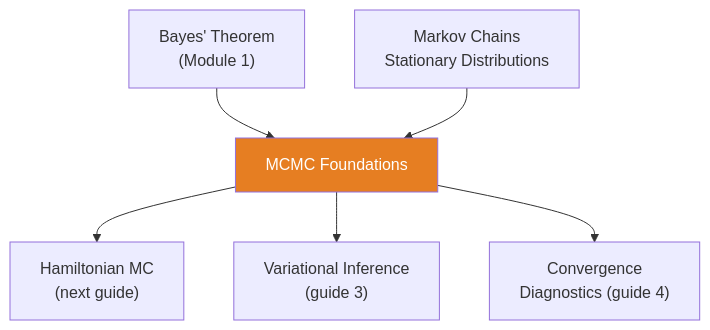
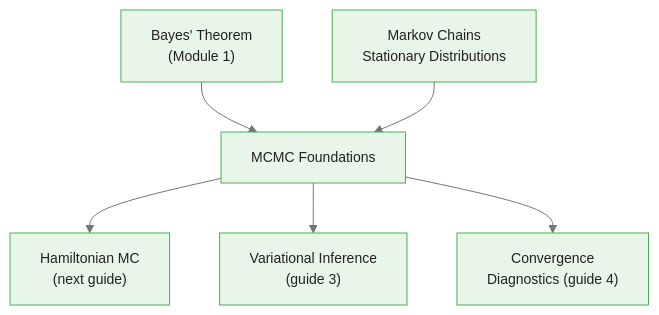
Before and after one commit to m-deane/course-creator: the fourth of 4 diagrams in courses/bayesian-commodity-forecasting/modules/module_06_inference/guides/01_mcmc_foundations_slides.md, drawn with Mermaid. The commit also changed other lines of this file and 104 other files, not shown here.

````diff
--- a/courses/bayesian-commodity-forecasting/modules/module_06_inference/guides/01_mcmc_foundations_slides.md
+++ b/courses/bayesian-commodity-forecasting/modules/module_06_inference/guides/01_mcmc_foundations_slides.md
@@ -256,9 +267,9 @@
 ```mermaid
+%%{init: {"theme": "base", "themeVariables": {"primaryColor": "#e8f5e9", "primaryBorderColor": "#4caf50", "primaryTextColor": "#212121", "secondaryColor": "#e3f2fd", "tertiaryColor": "#fff8e1", "lineColor": "#757575", "fontFamily": "Inter, sans-serif", "fontSize": "14px"}}}%%
 flowchart TD
     BT["Bayes' Theorem\n(Module 1)"] --> MCMC["MCMC Foundations"]
     MC["Markov Chains\nStationary Distributions"] --> MCMC
     MCMC --> HMC["Hamiltonian MC\n(next guide)"]
     MCMC --> VI["Variational Inference\n(guide 3)"]
     MCMC --> DIAG["Convergence\nDiagnostics (guide 4)"]
-    style MCMC fill:#e67e22,color:#fff
 ```
````
